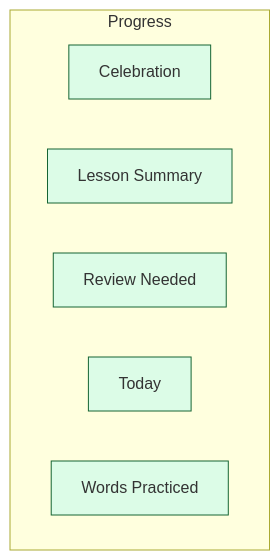
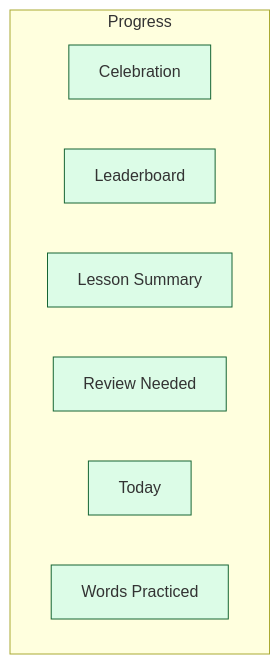
The diagram in migrate-ui-ux-to-mobile-app-docs/flows/domains/progress/flow.generated.mmd (JSR-Algo/TJBOT-Mobile), drawn with Mermaid before and after one commit. The commit also changed 32 other files, not shown here.

```diff
--- a/migrate-ui-ux-to-mobile-app-docs/flows/domains/progress/flow.generated.mmd
+++ b/migrate-ui-ux-to-mobile-app-docs/flows/domains/progress/flow.generated.mmd
@@ -1,13 +1,14 @@
-%% GENERATED FROM nav-graph-data.json sha=0dcd95d10fbb. Do not edit by hand.
+%% GENERATED FROM nav-graph-data.json sha=d50ccb165d20. Do not edit by hand.
 %% domain: progress
 flowchart TD
   classDef happy fill:#dcfce7,stroke:#166534
   classDef edge  fill:#fee2e2,stroke:#991b1b
   subgraph Progress["Progress"]
     celebration["Celebration"]
+    leaderboard["Leaderboard"]
     lesson_summary["Lesson Summary"]
     review_needed["Review Needed"]
     today_progress["Today"]
     words_practiced["Words Practiced"]
   end
-  class celebration,lesson_summary,review_needed,today_progress,words_practiced happy
+  class celebration,leaderboard,lesson_summary,review_needed,today_progress,words_practiced happy
```
